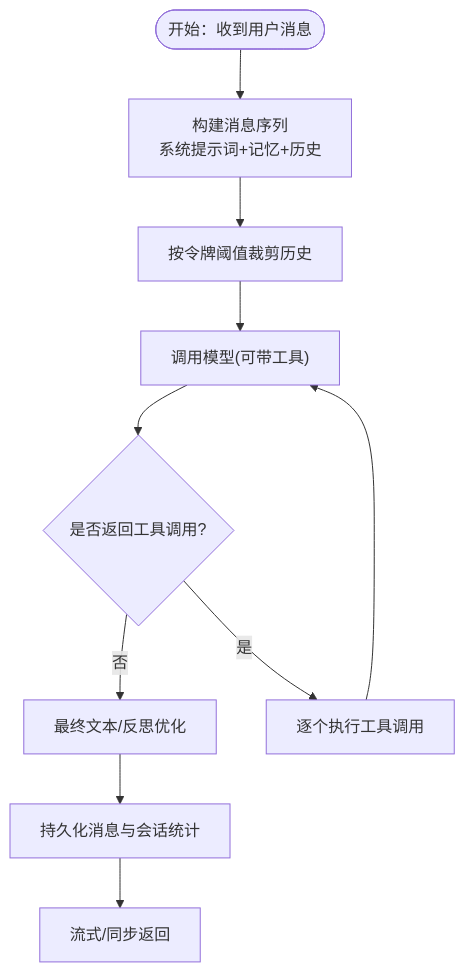
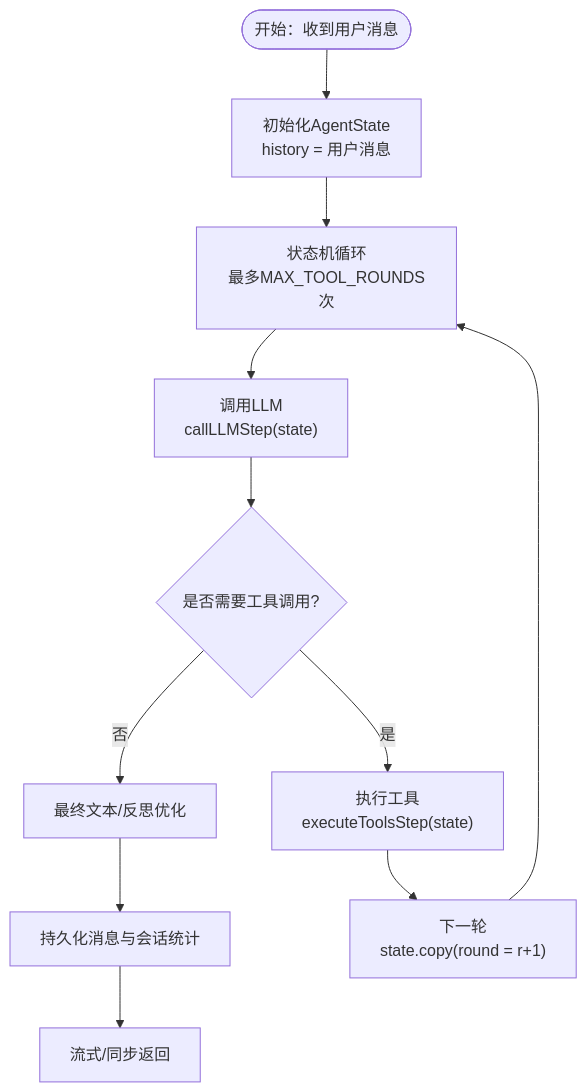
One commit to guuyn/OpenClaw-Android changed the third of 8 diagrams in .qoder/repowiki/zh/content/核心模块/AI对话系统/AI对话系统.md. Above: the diagram before and after it, drawn with Mermaid. The commit also changed other lines of this file and 4 other files, not shown here.

````diff
--- a/.qoder/repowiki/zh/content/核心模块/AI对话系统/AI对话系统.md
+++ b/.qoder/repowiki/zh/content/核心模块/AI对话系统/AI对话系统.md
@@ -178,12 +197,13 @@
 ```mermaid
 flowchart TD
-Start(["开始：收到用户消息"]) --> Build["构建消息序列<br/>系统提示词+记忆+历史"]
-Build --> Trim["按令牌阈值裁剪历史"]
-Trim --> CallModel["调用模型(可带工具)"]
-CallModel --> HasTools{"是否返回工具调用?"}
+Start(["开始：收到用户消息"]) --> InitState["初始化AgentState<br/>history = 用户消息"]
+InitState --> Loop["状态机循环<br/>最多MAX_TOOL_ROUNDS次"]
+Loop --> CallLLM["调用LLM<br/>callLLMStep(state)"]
+CallLLM --> HasTools{"是否需要工具调用?"}
 HasTools -- 否 --> FinalText["最终文本/反思优化"]
-HasTools -- 是 --> ExecLoop["逐个执行工具调用"]
-ExecLoop --> CallModel
+HasTools -- 是 --> ExecTools["执行工具<br/>executeToolsStep(state)"]
+ExecTools --> NextRound["下一轮<br/>state.copy(round = r+1)"]
+NextRound --> Loop
 FinalText --> Persist["持久化消息与会话统计"]
 Persist --> Emit["流式/同步返回"]
 ```
````
